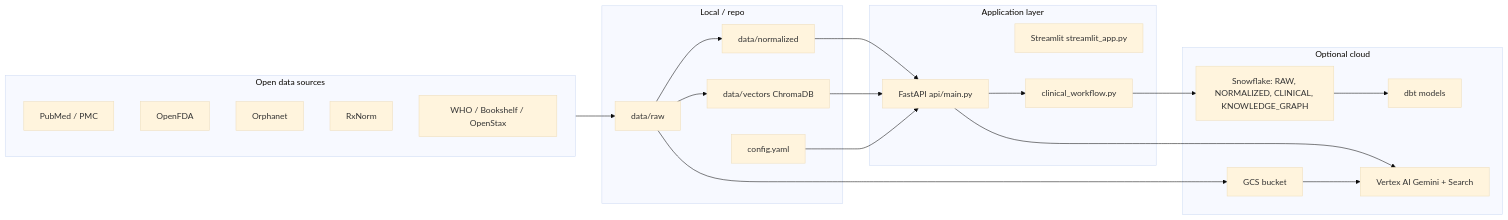
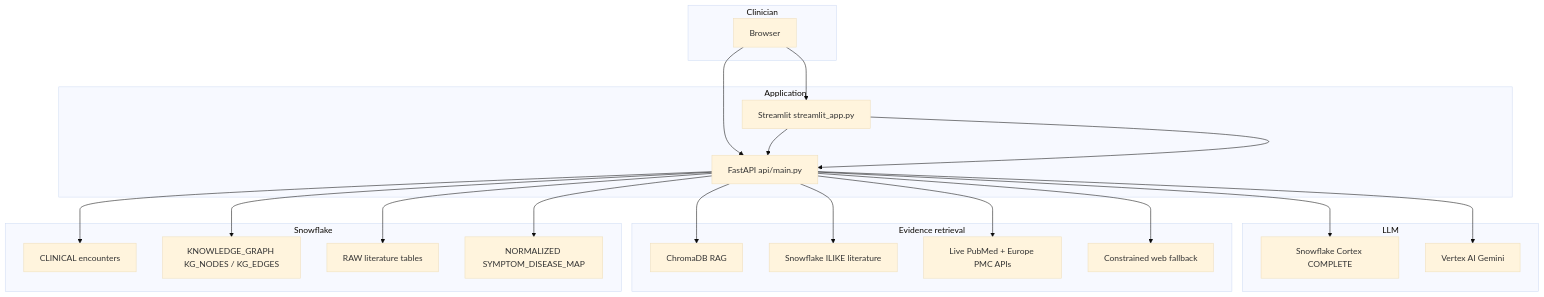
One commit to akshtalati/MedAssist.AI changed the first of 2 diagrams in README.md. Above: the diagram before and after it, drawn with Mermaid (base theme). The commit also changed other lines of this file and 1 other file, not shown here.

First line of the commit message:
Refactor architecture documentation and README for MedAssist.AI

````diff
--- a/README.md
+++ b/README.md
@@ -23,43 +64,45 @@
 ```mermaid
-flowchart LR
-  subgraph sources [Open data sources]
-    PM[PubMed / PMC]
-    OF[OpenFDA]
-    OR[Orphanet]
-    RX[RxNorm]
-    OT[WHO / Bookshelf / OpenStax]
-  end
+flowchart TB
+    subgraph clinician [Clinician]
+        DOC[Browser]
+    end
 
-  subgraph local [Local / repo]
-    RAW[data/raw]
-    NORM[data/normalized]
-    VEC[data/vectors ChromaDB]
-    CFG[config.yaml]
-  end
+    subgraph app [Application]
+        ST[Streamlit streamlit_app.py]
+        API[FastAPI api/main.py]
+    end
 
-  subgraph compute [Application layer]
-    API[FastAPI api/main.py]
-    ST[Streamlit streamlit_app.py]
-    CW[clinical_workflow.py]
-  end
+    subgraph reasoning [LLM]
+        CX[Snowflake Cortex COMPLETE]
+        GM[Vertex AI Gemini]
+    end
 
-  subgraph cloud [Optional cloud]
-    SF["Snowflake: RAW, NORMALIZED, CLINICAL, KNOWLEDGE_GRAPH"]
-    DBT[dbt models]
-    GCS[GCS bucket]
-    VX[Vertex AI Gemini + Search]
-  end
+    subgraph retrieval [Evidence retrieval]
+        RAG[ChromaDB RAG]
+        SFQ[Snowflake ILIKE literature]
+        LIVE[Live PubMed + Europe PMC APIs]
+        WEB[Constrained web fallback]
+    end
 
-  sources --> RAW
-  RAW --> NORM
-  RAW --> VEC
-  NORM --> API
-  VEC --> API
-  CFG --> API
-  API --> CW
-  CW --> SF
-  API --> VX
-  RAW --> GCS
-  GCS --> VX
-  SF --> DBT
+    subgraph snowflake [Snowflake]
+        CL[CLINICAL encounters]
+        KG[KNOWLEDGE_GRAPH KG_NODES / KG_EDGES]
+        RAW[RAW literature tables]
+        NORM[NORMALIZED SYMPTOM_DISEASE_MAP]
+    end
+
+    DOC --> ST
+    DOC --> API
+    ST --> API
+    API --> CL
+    API --> KG
+    API --> NORM
+    API --> RAG
+    API --> SFQ
+    API --> RAW
+    API --> LIVE
+    API --> WEB
+    API --> CX
+    API --> GM
+    ST --> API
 ```
````
